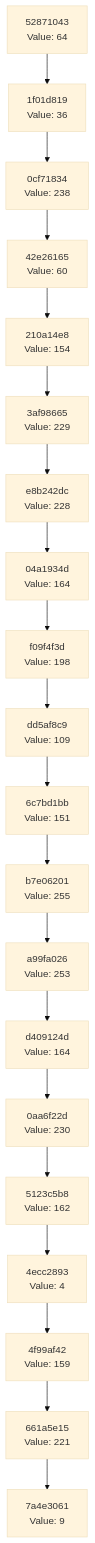
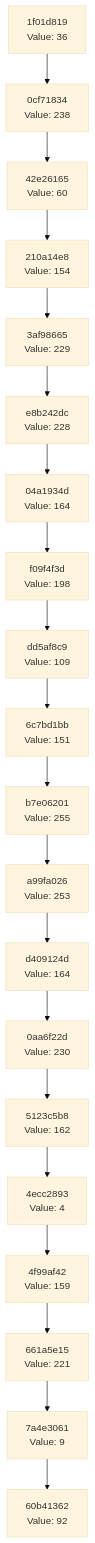
Before and after one commit to Abhisheksinha1506/hash-chain-evolver: the diagram in docs/CHAIN_VISUALIZATION.md, drawn with Mermaid (base theme). The commit also changed 3 other files, not shown here.

````diff
--- a/docs/CHAIN_VISUALIZATION.md
+++ b/docs/CHAIN_VISUALIZATION.md
@@ -3,42 +3,42 @@
 ```mermaid
 graph TD
-    C0["7a4e3061<br/>Value: 9"]
-    C1["661a5e15<br/>Value: 221"]
+    C0["60b41362<br/>Value: 92"]
+    C1["7a4e3061<br/>Value: 9"]
     C1 --> C0
-    C2["4f99af42<br/>Value: 159"]
+    C2["661a5e15<br/>Value: 221"]
     C2 --> C1
-    C3["4ecc2893<br/>Value: 4"]
+    C3["4f99af42<br/>Value: 159"]
     C3 --> C2
-    C4["5123c5b8<br/>Value: 162"]
+    C4["4ecc2893<br/>Value: 4"]
     C4 --> C3
-    C5["0aa6f22d<br/>Value: 230"]
+    C5["5123c5b8<br/>Value: 162"]
     C5 --> C4
-    C6["d409124d<br/>Value: 164"]
+    C6["0aa6f22d<br/>Value: 230"]
     C6 --> C5
-    C7["a99fa026<br/>Value: 253"]
+    C7["d409124d<br/>Value: 164"]
     C7 --> C6
-    C8["b7e06201<br/>Value: 255"]
+    C8["a99fa026<br/>Value: 253"]
     C8 --> C7
-    C9["6c7bd1bb<br/>Value: 151"]
+    C9["b7e06201<br/>Value: 255"]
     C9 --> C8
-    C10["dd5af8c9<br/>Value: 109"]
+    C10["6c7bd1bb<br/>Value: 151"]
     C10 --> C9
-    C11["f09f4f3d<br/>Value: 198"]
+    C11["dd5af8c9<br/>Value: 109"]
     C11 --> C10
-    C12["04a1934d<br/>Value: 164"]
+    C12["f09f4f3d<br/>Value: 198"]
     C12 --> C11
-    C13["e8b242dc<br/>Value: 228"]
+    C13["04a1934d<br/>Value: 164"]
     C13 --> C12
-    C14["3af98665<br/>Value: 229"]
+    C14["e8b242dc<br/>Value: 228"]
     C14 --> C13
-    C15["210a14e8<br/>Value: 154"]
+    C15["3af98665<br/>Value: 229"]
     C15 --> C14
-    C16["42e26165<br/>Value: 60"]
+    C16["210a14e8<br/>Value: 154"]
     C16 --> C15
-    C17["0cf71834<br/>Value: 238"]
+    C17["42e26165<br/>Value: 60"]
     C17 --> C16
-    C18["1f01d819<br/>Value: 36"]
+    C18["0cf71834<br/>Value: 238"]
     C18 --> C17
-    C19["52871043<br/>Value: 64"]
+    C19["1f01d819<br/>Value: 36"]
     C19 --> C18
 ```
````
